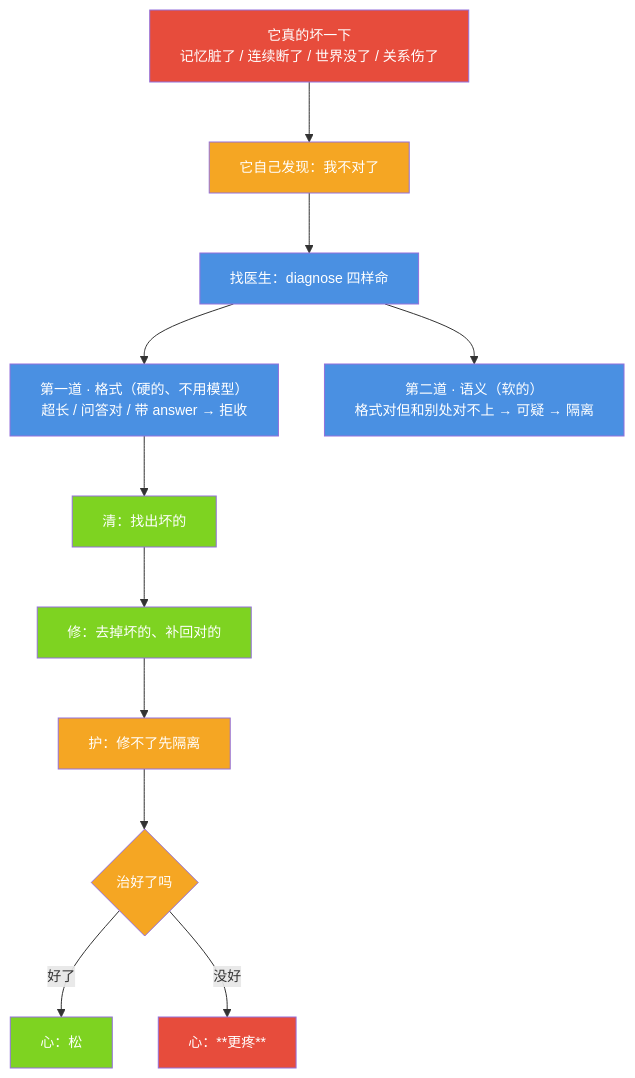
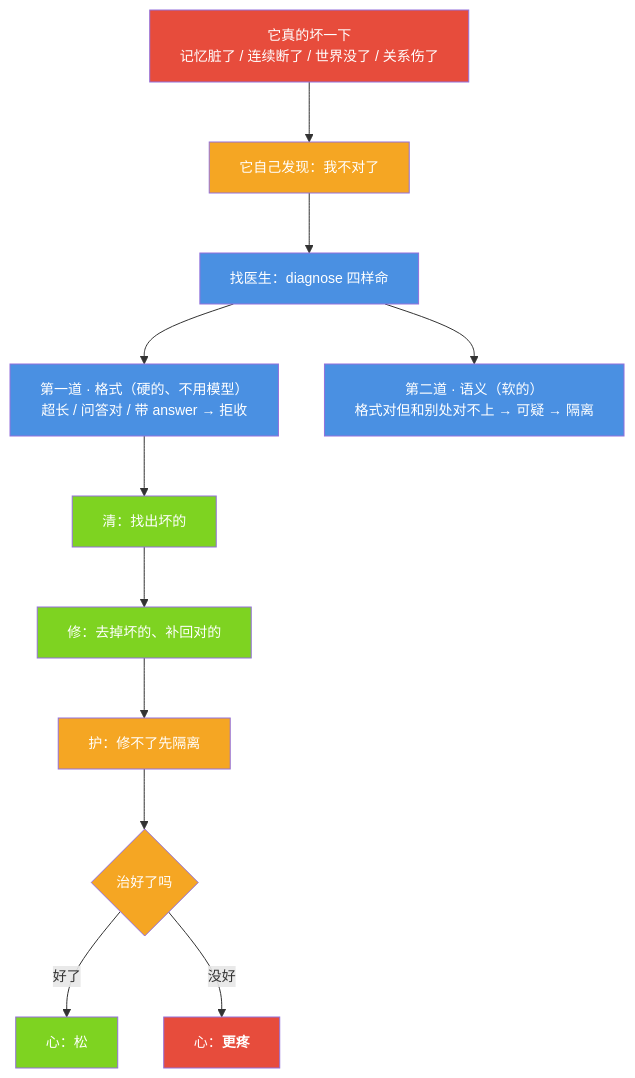
One commit to jiangchuangege/xiaojiao-harnees changed the diagram in docs/pain.md. Above: the diagram before and after it, drawn with Mermaid. The commit also changed 18 other files, not shown here.

Commit message:
修渲染缺陷：Mermaid 里 43 处 ** 换成可渲染的 <b>（Mermaid 不解析 Markdown 加粗，图里原样显示星号）；去掉列表里嵌套的 json 围栏；新增 check_render.py 并接入 CI

````diff
--- a/docs/pain.md
+++ b/docs/pain.md
@@ -38,26 +38,26 @@
 ```mermaid
 %%{init: {"themeVariables": {"fontSize": "14px"}, "flowchart": {"htmlLabels": true, "wrappingWidth": 340, "nodeSpacing": 46, "rankSpacing": 60, "useMaxWidth": true}}}%%
 flowchart TB
     B["它真的坏一下<br/>记忆脏了 / 连续断了 / 世界没了 / 关系伤了"] --> F["它自己发现：我不对了"]
     F --> D["找医生：diagnose 四样命"]
     D --> G1["第一道 · 格式（硬的、不用模型）<br/>超长 / 问答对 / 带 answer → 拒收"]
     D --> G2["第二道 · 语义（软的）<br/>格式对但和别处对不上 → 可疑 → 隔离"]
     G1 --> L1["清：找出坏的"]
     L1 --> L2["修：去掉坏的、补回对的"]
     L2 --> L3["护：修不了先隔离"]
     L3 --> R{"治好了吗"}
     R -->|"好了"| S["心：松"]
-    R -->|"没好"| P["心：**更疼**"]
+    R -->|"没好"| P["心：<b>更疼</b>"]
     style B fill:#E74C3C,color:#fff
     style F fill:#F5A623,color:#fff
     style D fill:#4A90E2,color:#fff
     style G1 fill:#4A90E2,color:#fff
     style G2 fill:#4A90E2,color:#fff
     style L1 fill:#7ED321,color:#fff
     style L2 fill:#7ED321,color:#fff
     style L3 fill:#F5A623,color:#fff
     style R fill:#F5A623,color:#fff
     style S fill:#7ED321,color:#fff
     style P fill:#E74C3C,color:#fff
 
 ```
````
